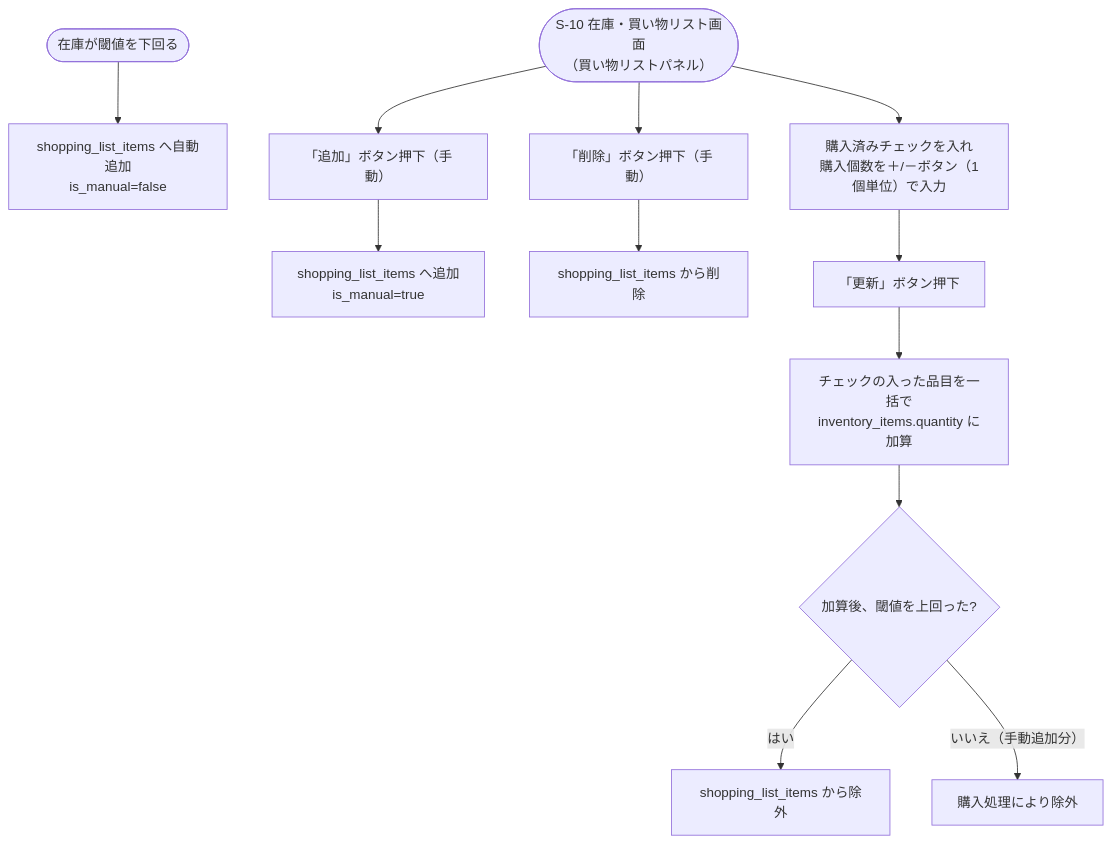
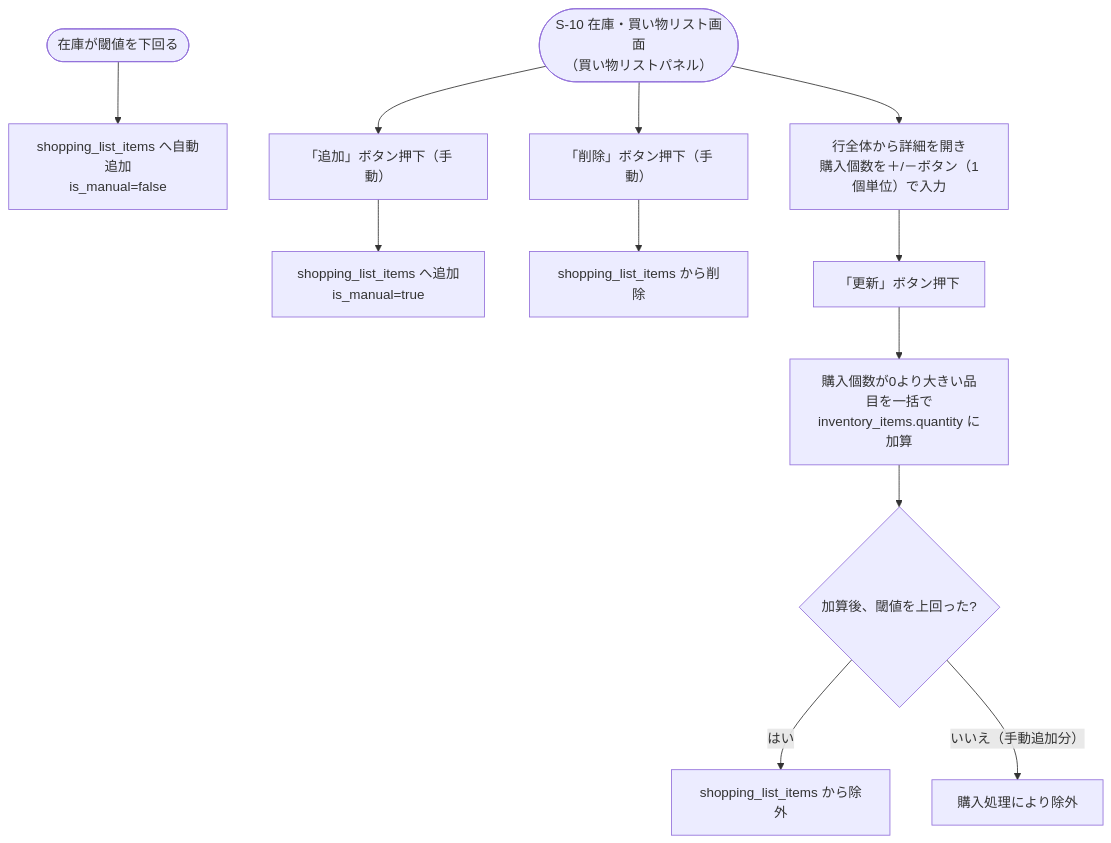
The diagram in docs/details/features/F08_zaiko_shoppinglist.md (yamamotonaoki3/HomeLog), drawn with Mermaid before and after one commit. The commit also changed other lines of this file and 12 other files, not shown here.

````diff
--- a/docs/details/features/F08_zaiko_shoppinglist.md
+++ b/docs/details/features/F08_zaiko_shoppinglist.md
@@ -19,15 +19,15 @@
 ```mermaid
 flowchart TD
     A([在庫が閾値を下回る]) --> B[shopping_list_items へ自動追加\nis_manual=false]
     C(["S-10 在庫・買い物リスト画面\n（買い物リストパネル）"]) --> D["「追加」ボタン押下（手動）"]
     D --> E[shopping_list_items へ追加\nis_manual=true]
     C --> F["「削除」ボタン押下（手動）"]
     F --> G[shopping_list_items から削除]
 
-    C --> H["購入済みチェックを入れ\n購入個数を＋/－ボタン（1個単位）で入力"]
+    C --> H["行全体から詳細を開き\n購入個数を＋/－ボタン（1個単位）で入力"]
     H --> I["「更新」ボタン押下"]
-    I --> J[チェックの入った品目を一括で\ninventory_items.quantity に加算]
+    I --> J[購入個数が0より大きい品目を一括で\ninventory_items.quantity に加算]
     J --> K{加算後、閾値を上回った?}
     K -- はい --> L[shopping_list_items から除外]
     K -- いいえ（手動追加分） --> M[購入処理により除外]
 ```
````
